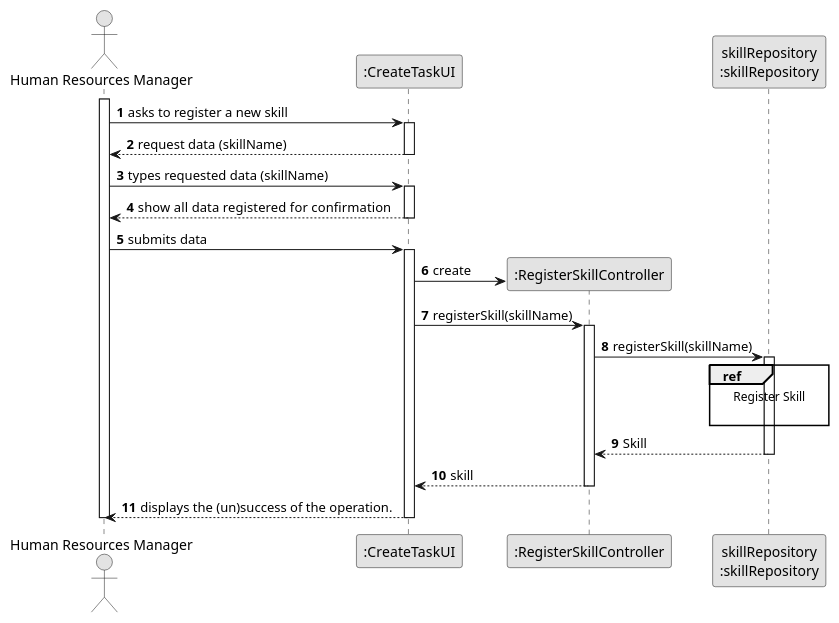
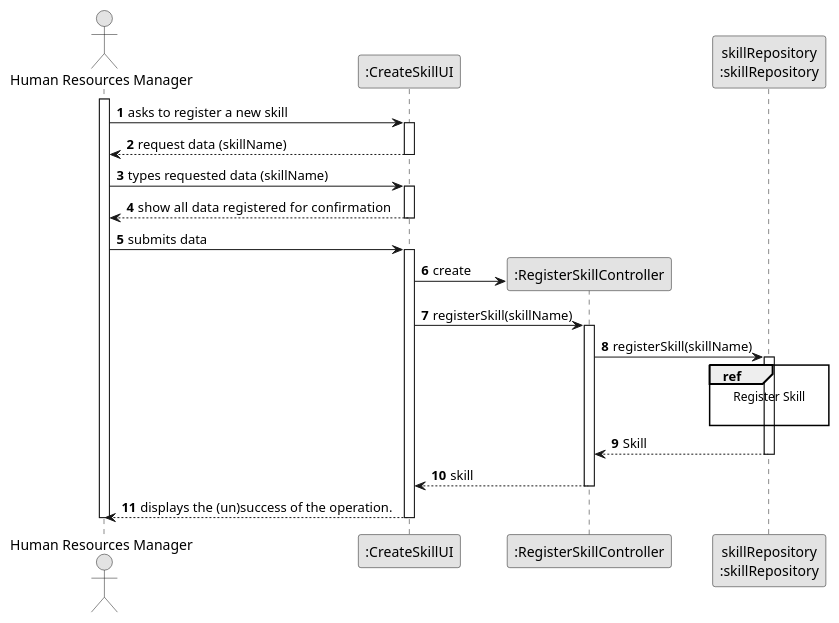
The diagram in docs/sprintB/us001/03.design/puml/us001-sequence-diagram-split.puml (SAEmanuel/Green_Spaces_Management_ISEP), drawn with PlantUML before and after one commit. The commit also changed 11 other files, not shown here.

```diff
--- a/docs/sprintB/us001/03.design/puml/us001-sequence-diagram-split.puml
+++ b/docs/sprintB/us001/03.design/puml/us001-sequence-diagram-split.puml
@@ -1,64 +1,64 @@
 @startuml
 skinparam monochrome true
 skinparam packageStyle rectangle
 skinparam shadowing false
 
 autonumber
 
 'hide footbox
 actor "Human Resources Manager" as ADM
-participant ":CreateTaskUI" as UI
+participant ":CreateSkillUI" as UI
 participant ":RegisterSkillController" as CTRL
 participant "skillRepository\n:skillRepository" as skillRepository
 
 activate ADM
 
     ADM -> UI : asks to register a new skill
 
     activate UI
 
 
 
         UI --> ADM : request data (skillName)
 
     deactivate UI
 
 
     deactivate UI
 
     ADM -> UI : types requested data (skillName)
     activate UI
 
         UI --> ADM : show all data registered  for confirmation
     deactivate UI
 
     ADM -> UI : submits data
     activate UI
 
         UI -> CTRL** : create
         UI -> CTRL : registerSkill(skillName)
         activate CTRL
 
 
 
             CTRL -> skillRepository: registerSkill(skillName)
 
 
             activate skillRepository
 
                 ref over skillRepository
                     Register Skill
 
                 end
 
                 skillRepository --> CTRL : Skill
             deactivate skillRepository
 
             CTRL --> UI: skill
             deactivate CTRL
             UI --> ADM: displays the (un)success of the operation.
     deactivate UI
 
 deactivate ADM
 
 @enduml
```
